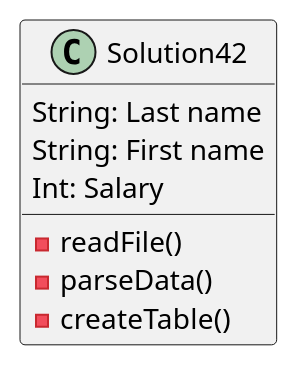
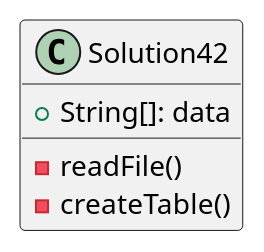
One commit to J-Caques/caques-a04 changed the diagram in exercise42/docs/Solution42.puml. Above: the diagram before and after it, drawn with PlantUML. The commit also changed 2 other files, not shown here.

Commit message:
Final code w/ some alterations to UML diagram, tests, and pseudocode

```diff
--- a/exercise42/docs/Solution42.puml
+++ b/exercise42/docs/Solution42.puml
@@ -1,13 +1,9 @@
 @startuml
 'https://plantuml.com/class-diagram
 class Solution42{
-    String: Last name
-    String: First name
-    Int: Salary
+    +String[]: data
 
     -readFile()
-    -parseData()
     -createTable()
 }
-
 @enduml
```
